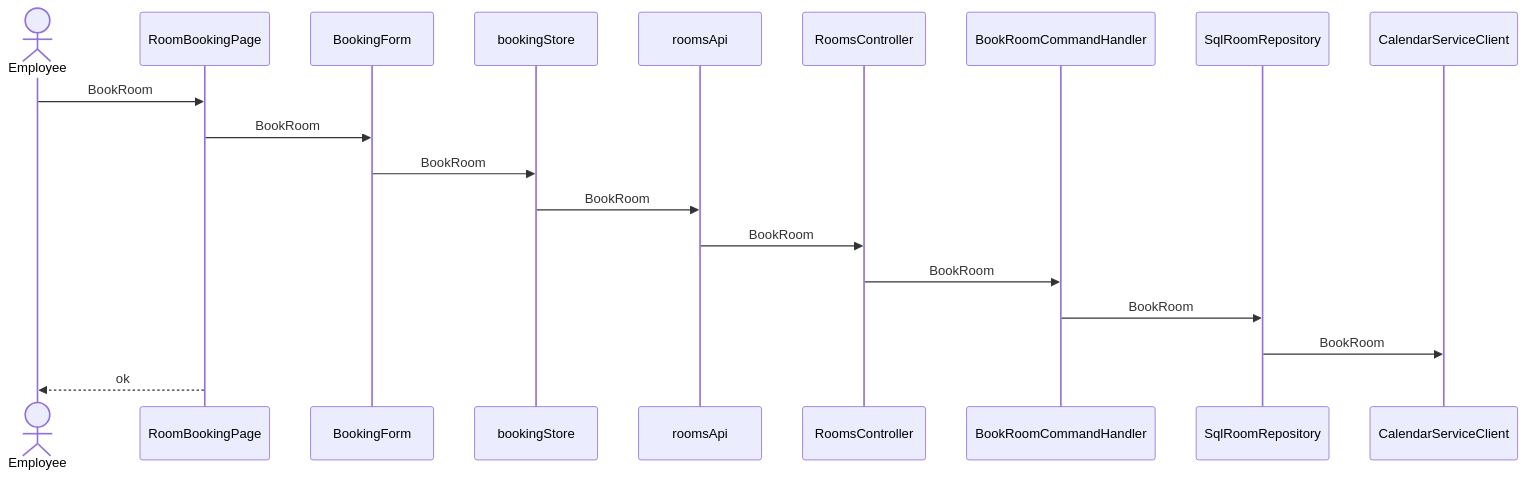
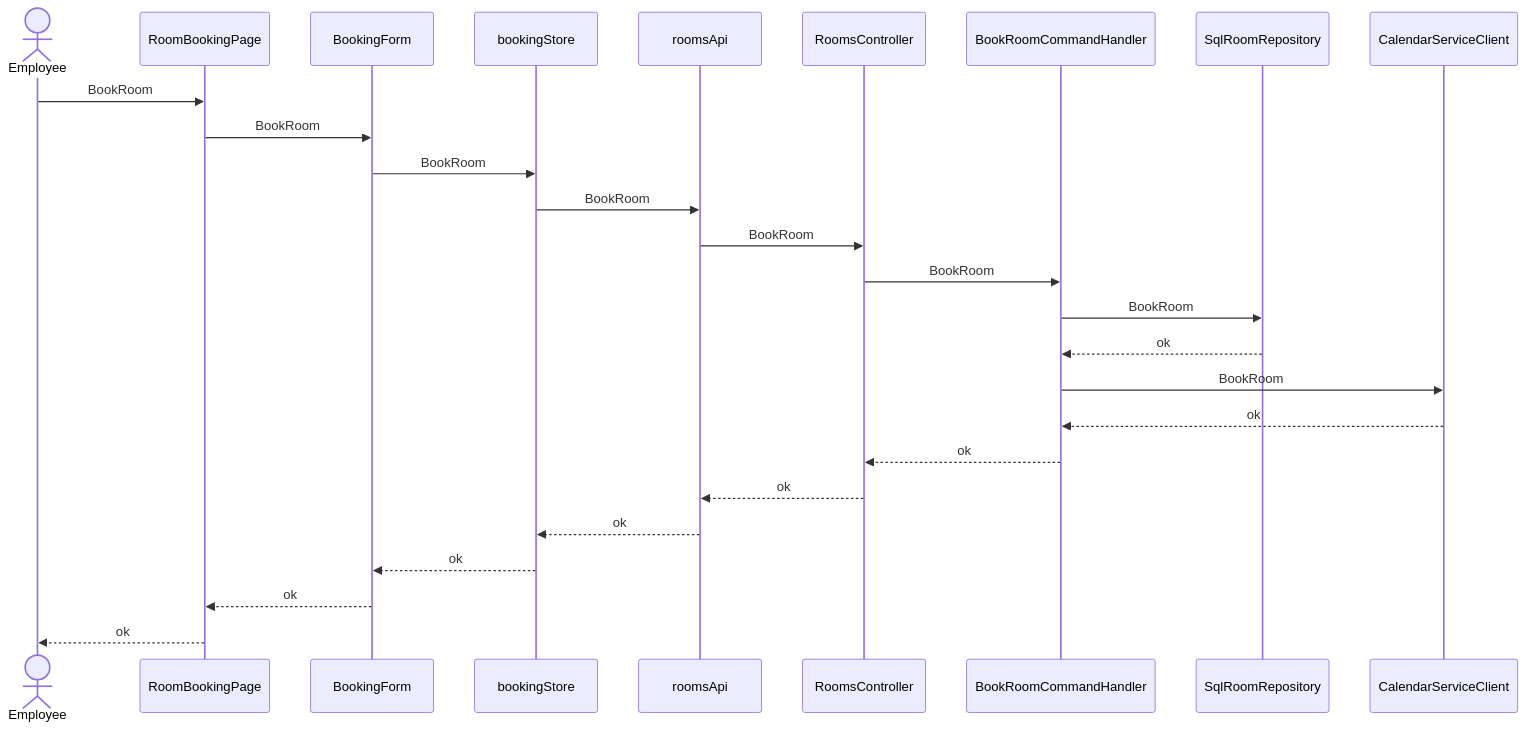
One commit to pin0513/AITools changed the fourth of 6 diagrams in skills/spec-dev-process/examples/matrix/fs-front-zh-s2/specs/rd/room-booking/spec/30-architecture-c4.md. Above: the diagram before and after it, drawn with Mermaid. The commit also changed other lines of this file and 257 other files, not shown here.

````diff
--- a/skills/spec-dev-process/examples/matrix/fs-front-zh-s2/specs/rd/room-booking/spec/30-architecture-c4.md
+++ b/skills/spec-dev-process/examples/matrix/fs-front-zh-s2/specs/rd/room-booking/spec/30-architecture-c4.md
@@ -124,21 +124,28 @@
 ```mermaid
 sequenceDiagram
   actor U as Employee
   participant CMP001 as RoomBookingPage
   participant CMP002 as BookingForm
   participant CMP005 as bookingStore
   participant CMP006 as roomsApi
   participant CMP007 as RoomsController
   participant CMP008 as BookRoomCommandHandler
   participant CMP012 as SqlRoomRepository
   participant CMP013 as CalendarServiceClient
   U->>CMP001: BookRoom
   CMP001->>CMP002: BookRoom
   CMP002->>CMP005: BookRoom
   CMP005->>CMP006: BookRoom
   CMP006->>CMP007: BookRoom
   CMP007->>CMP008: BookRoom
   CMP008->>CMP012: BookRoom
-  CMP012->>CMP013: BookRoom
+  CMP012-->>CMP008: ok
+  CMP008->>CMP013: BookRoom
+  CMP013-->>CMP008: ok
+  CMP008-->>CMP007: ok
+  CMP007-->>CMP006: ok
+  CMP006-->>CMP005: ok
+  CMP005-->>CMP002: ok
+  CMP002-->>CMP001: ok
   CMP001-->>U: ok
 ```
````
